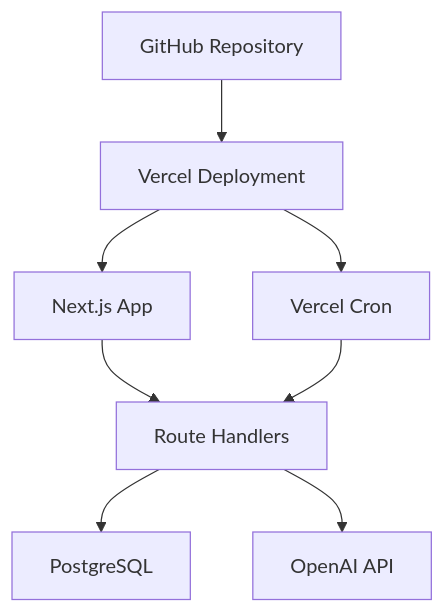
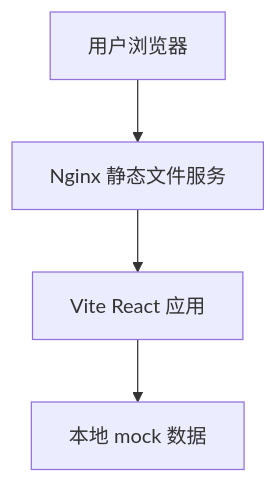
One commit to Shaoyi23/ai-tech-briefing changed the first of 3 diagrams in docs/architecture.md. Above: the diagram before and after it, drawn with Mermaid. The commit also changed other lines of this file and 96 other files, not shown here.

Commit message:
refactor: migrate mvp to vite mock frontend

````diff
--- a/docs/architecture.md
+++ b/docs/architecture.md
@@ -105,13 +7,6 @@
 ```mermaid
 flowchart TB
-  GitHubRepo["GitHub Repository"] --> Vercel["Vercel Deployment"]
-
-  Vercel --> NextApp["Next.js App"]
-  Vercel --> Cron["Vercel Cron"]
-
-  NextApp --> RouteHandlers["Route Handlers"]
-  RouteHandlers --> Postgres["PostgreSQL"]
-  RouteHandlers --> OpenAI["OpenAI API"]
-
-  Cron --> RouteHandlers
+  User["用户浏览器"] --> Nginx["Nginx 静态文件服务"]
+  Nginx --> App["Vite React 应用"]
+  App --> Mock["本地 mock 数据"]
 ```
````
